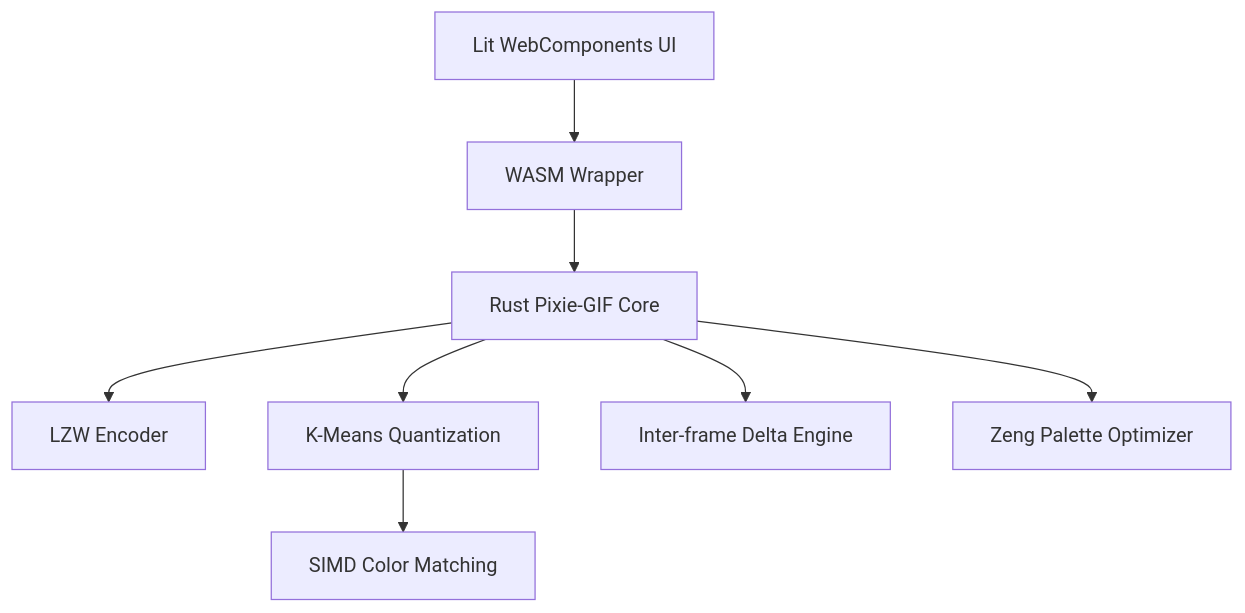
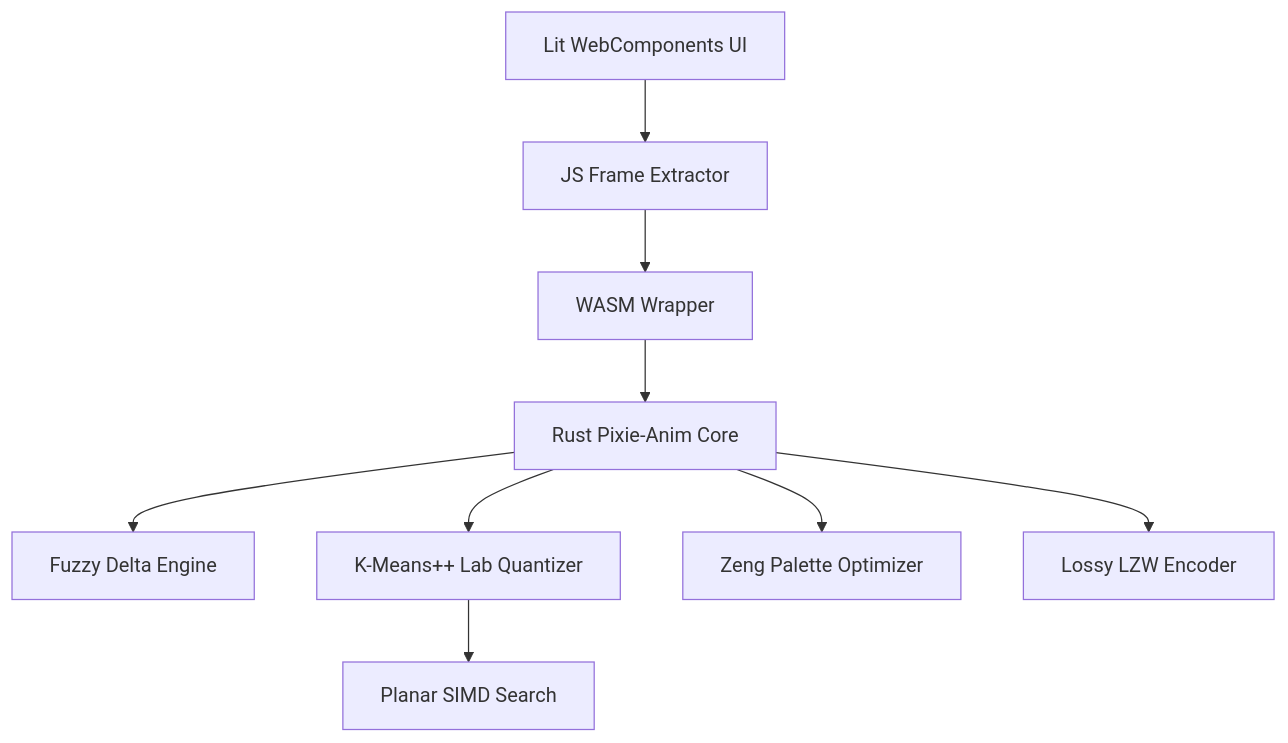
One commit to ghchinoy/pixie-anim changed the diagram in docs/plan.md. Above: the diagram before and after it, drawn with Mermaid. The commit also changed other lines of this file and 2 other files, not shown here.

Commit message:
docs: finalize Pixie-Anim rebranding and update technical guides with fuzzy/lossy logic

````diff
--- a/docs/plan.md
+++ b/docs/plan.md
@@ -14,10 +14,11 @@
 ```mermaid
 graph TD
-    UI[Lit WebComponents UI] --> WASM[WASM Wrapper]
-    WASM --> Core[Rust Pixie-GIF Core]
-    Core --> LZW[LZW Encoder]
-    Core --> Quant[K-Means Quantization]
-    Core --> Delta[Inter-frame Delta Engine]
-    Core --> Palette[Zeng Palette Optimizer]
-    Quant --> SIMD[SIMD Color Matching]
+    UI[Lit WebComponents UI] --> Extractor[JS Frame Extractor]
+    Extractor --> WASM[WASM Wrapper]
+    WASM --> Core[Rust Pixie-Anim Core]
+    Core --> Delta[Fuzzy Delta Engine]
+    Core --> Quant[K-Means++ Lab Quantizer]
+    Core --> Zeng[Zeng Palette Optimizer]
+    Core --> LZW[Lossy LZW Encoder]
+    Quant --> SIMD[Planar SIMD Search]
 ```
````
